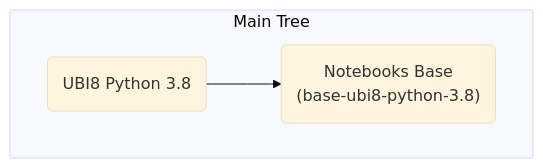
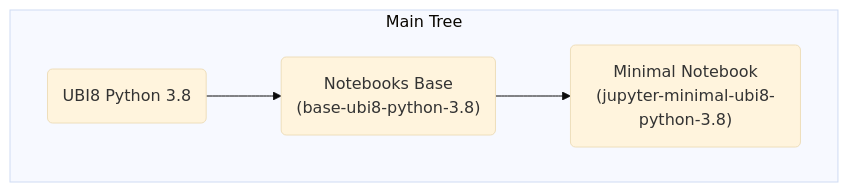
The diagram in README.md (opendatahub-io/notebooks), drawn with Mermaid (base theme) before and after one commit. The commit also changed other lines of this file and 5 other files, not shown here.

Commit message:
Add jupyter minimal notebook into odh notebooks repository

````diff
--- a/README.md
+++ b/README.md
@@ -7,7 +7,8 @@
 ```mermaid
 graph TB
     subgraph Main Tree
     %% base
     ubi8py38(UBI8 Python 3.8)-->base-ubi8py38("Notebooks Base<br/>(base-ubi8-python-3.8)");
+    base-ubi8py38("Notebooks Base<br/>(base-ubi8-python-3.8)")--> minimal("Minimal Notebook<br/>(jupyter-minimal-ubi8-python-3.8)");
     end
 ```
````
